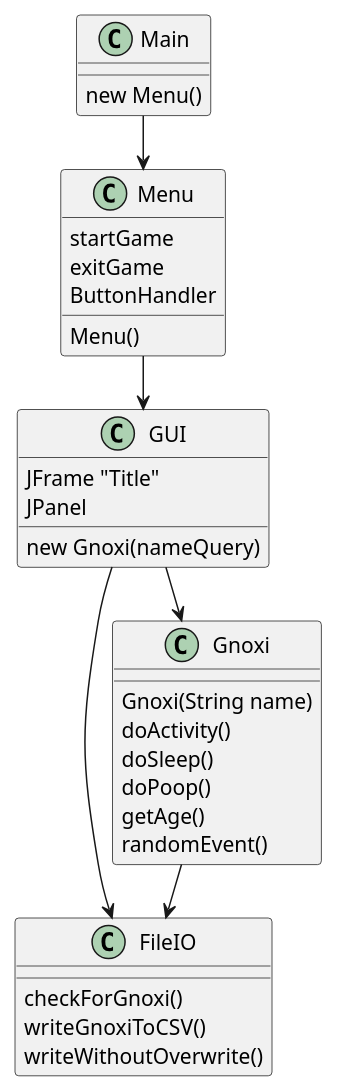
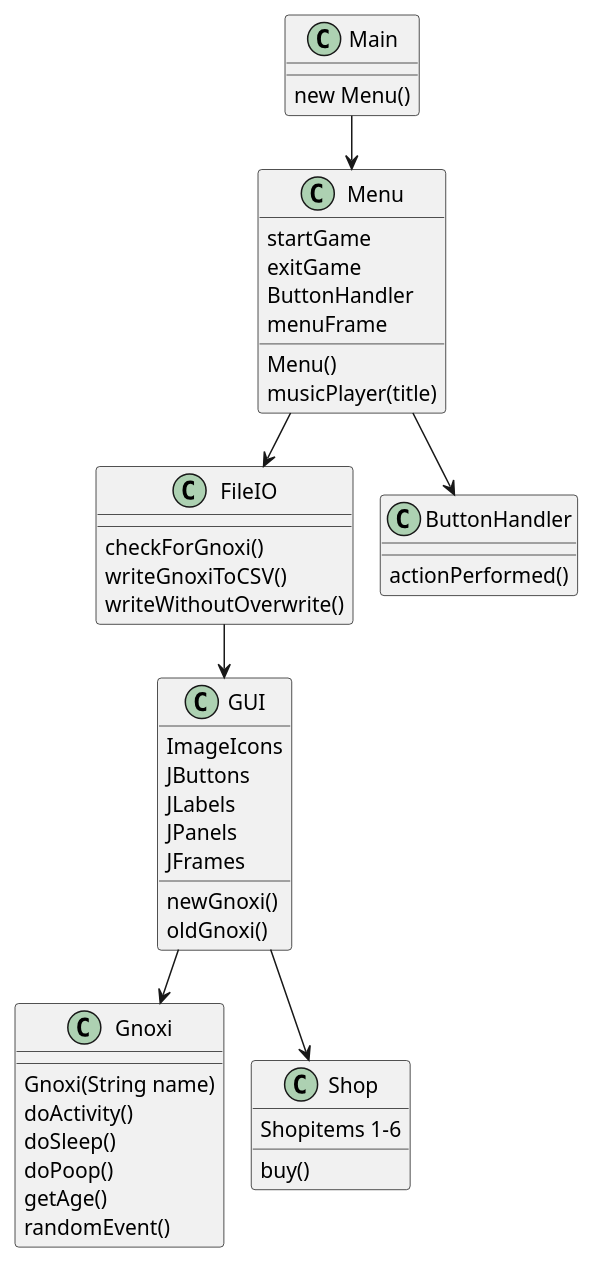
One commit to Toebzy/ICE-Project changed the diagram in GUI/Documentation/Classdiagram.puml. Above: the diagram before and after it, drawn with PlantUML. The commit also changed 23 other files, not shown here.

```diff
--- a/GUI/Documentation/Classdiagram.puml
+++ b/GUI/Documentation/Classdiagram.puml
@@ -1,40 +1,54 @@
 @startuml
 !pragma layout smetana
 class FileIO
 class Gnoxi
 class GUI
 class Main
 class Menu
+class Shop
+class ButtonHandler
 
 Main : new Menu()
 
 Gnoxi : Gnoxi(String name)
 Gnoxi : doActivity()
 Gnoxi : doSleep()
 Gnoxi : doPoop()
 Gnoxi : getAge()
 Gnoxi : randomEvent()
 
-GUI : new Gnoxi(nameQuery)
-GUI : JFrame "Title"
-GUI : JPanel
+GUI : newGnoxi()
+GUI : oldGnoxi()
+GUI : ImageIcons
+GUI : JButtons
+GUI : JLabels
+GUI : JPanels
+GUI : JFrames
 
+Menu : Menu()
+Menu : musicPlayer(title)
 Menu : startGame
 Menu : exitGame
-Menu : Menu()
 Menu : ButtonHandler
+Menu : menuFrame
+
+ButtonHandler : actionPerformed()
 
 FileIO : checkForGnoxi()
 FileIO : writeGnoxiToCSV()
 FileIO : writeWithoutOverwrite()
 
+Shop : Shopitems 1-6
+Shop : buy()
+
 Main --> Menu
-Menu --> GUI
+Menu --> FileIO
+Menu --> ButtonHandler
+FileIO --> GUI
+GUI --> Gnoxi
+GUI --> Shop
 
-GUI --> Gnoxi
-GUI --> FileIO
-Gnoxi --> FileIO
 
 
 
 @enduml
```
